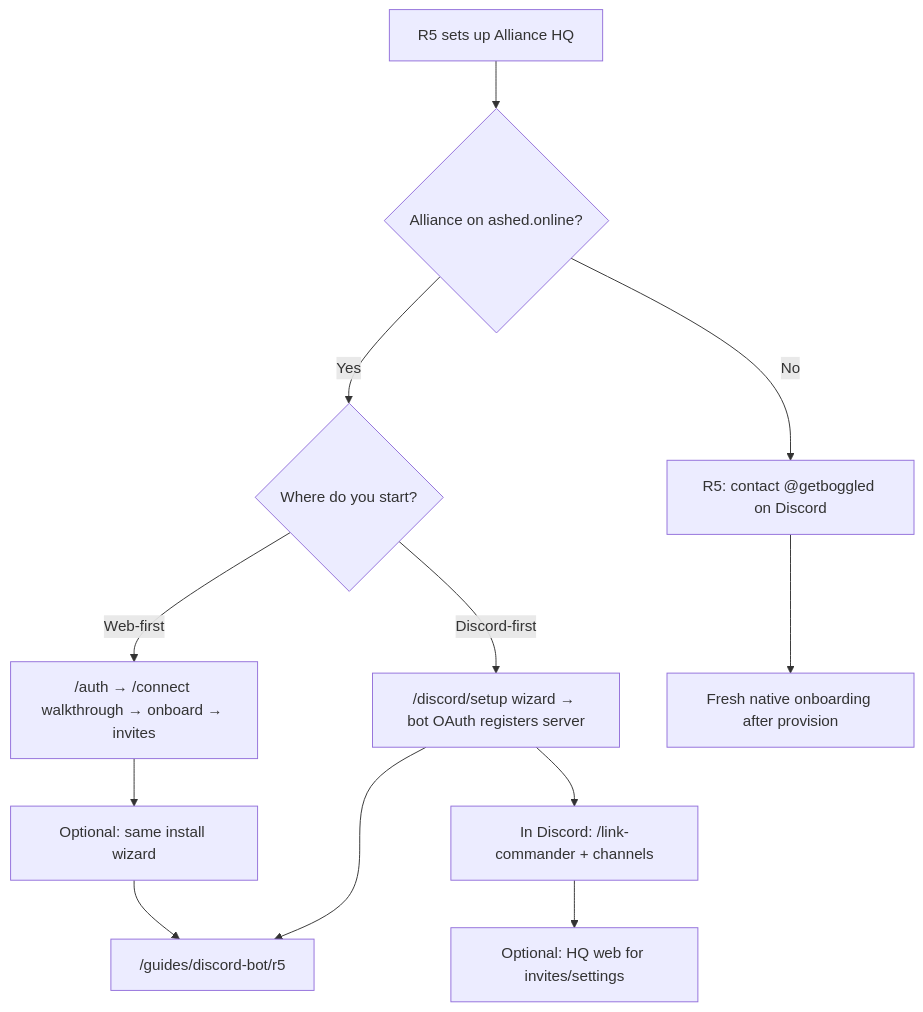
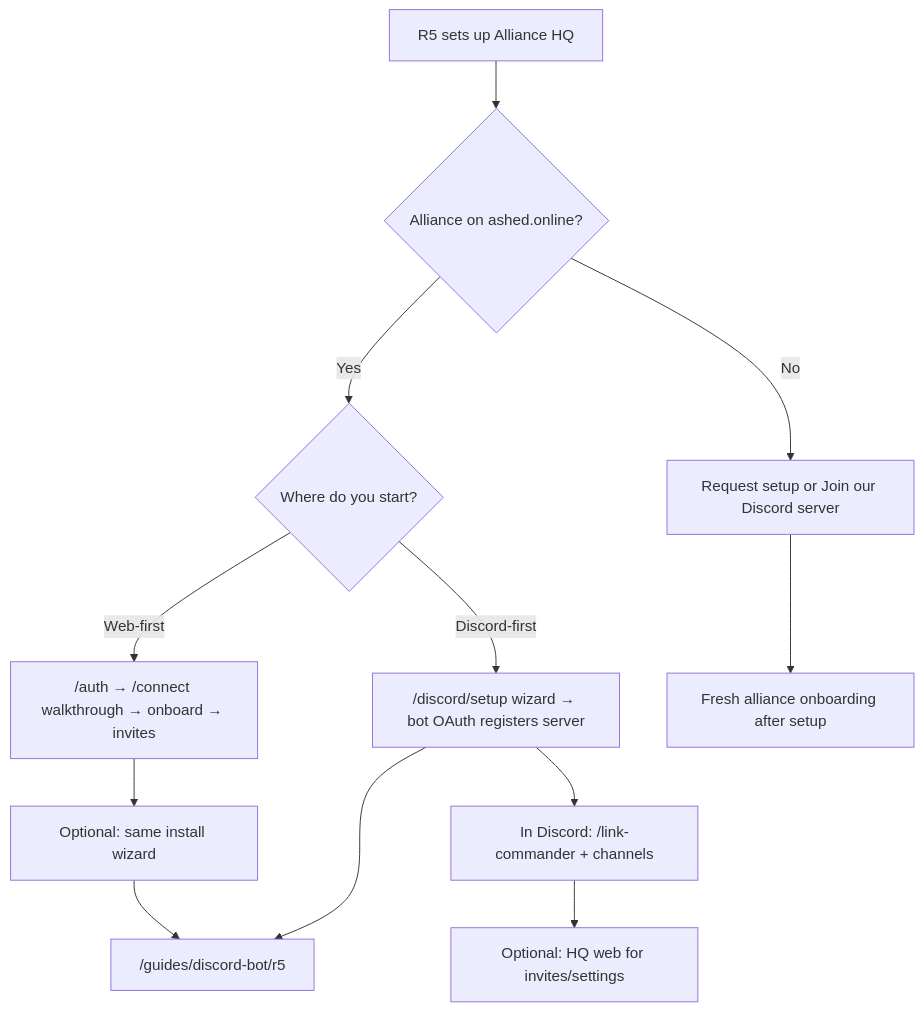
Before and after one commit to Launchframe/alliance-hq: the first of 3 diagrams in docs/guides/alliance-r5-getting-started.md, drawn with Mermaid. The commit also changed other lines of this file and 24 other files, not shown here.

First line of the commit message:
Add alliance setup request flow for Discord install wizard.

````diff
--- a/docs/guides/alliance-r5-getting-started.md
+++ b/docs/guides/alliance-r5-getting-started.md
@@ -11,14 +11,14 @@
 ```mermaid
 flowchart TD
   start[R5 sets up Alliance HQ] --> hasAshed{Alliance on ashed.online?}
   hasAshed -->|Yes| pathPick{Where do you start?}
-  hasAshed -->|No| nativeOutreach["R5: contact @getboggled on Discord"]
+  hasAshed -->|No| setupOrDiscord["Request setup or Join our Discord server"]
   pathPick -->|Web-first| webFlow["/auth → /connect walkthrough → onboard → invites"]
   pathPick -->|Discord-first| discordFlow["/discord/setup wizard → bot OAuth registers server"]
   webFlow --> discordLater[Optional: same install wizard]
   discordFlow --> discordSlash["In Discord: /link-commander + channels"]
-  nativeOutreach --> freshGuide[Fresh native onboarding after provision]
+  setupOrDiscord --> freshGuide[Fresh alliance onboarding after setup]
   discordLater --> botGuide["/guides/discord-bot/r5"]
   discordFlow --> botGuide
   discordSlash --> hqWeb[Optional: HQ web for invites/settings]
 ```
````
